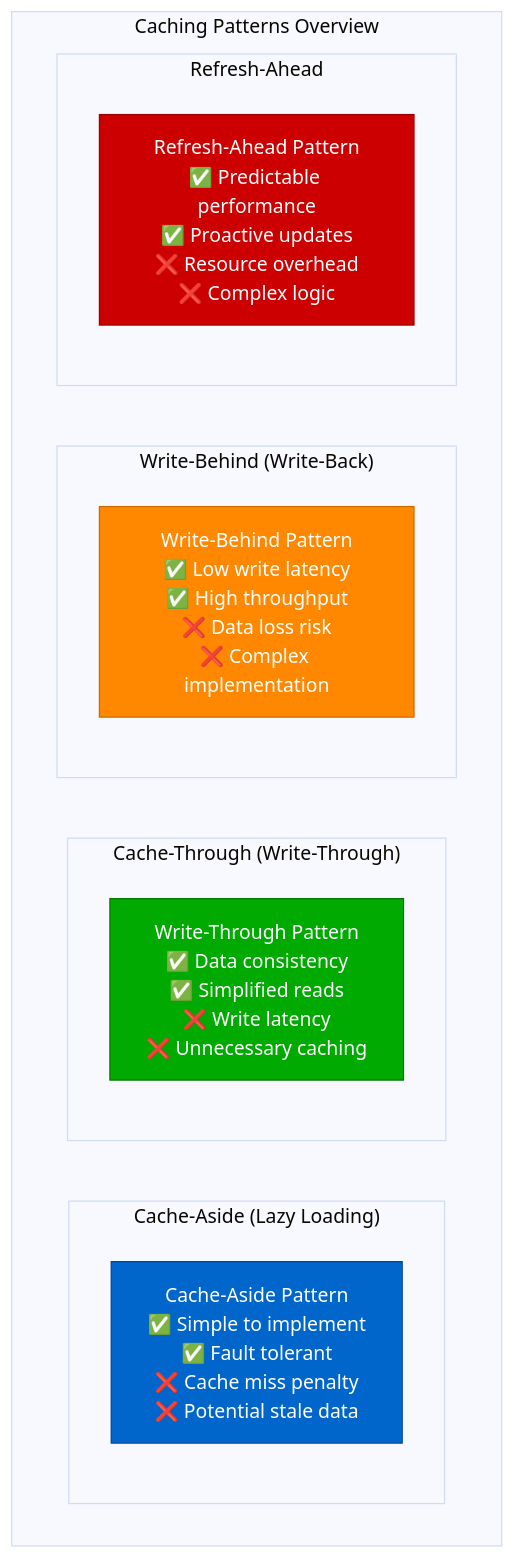
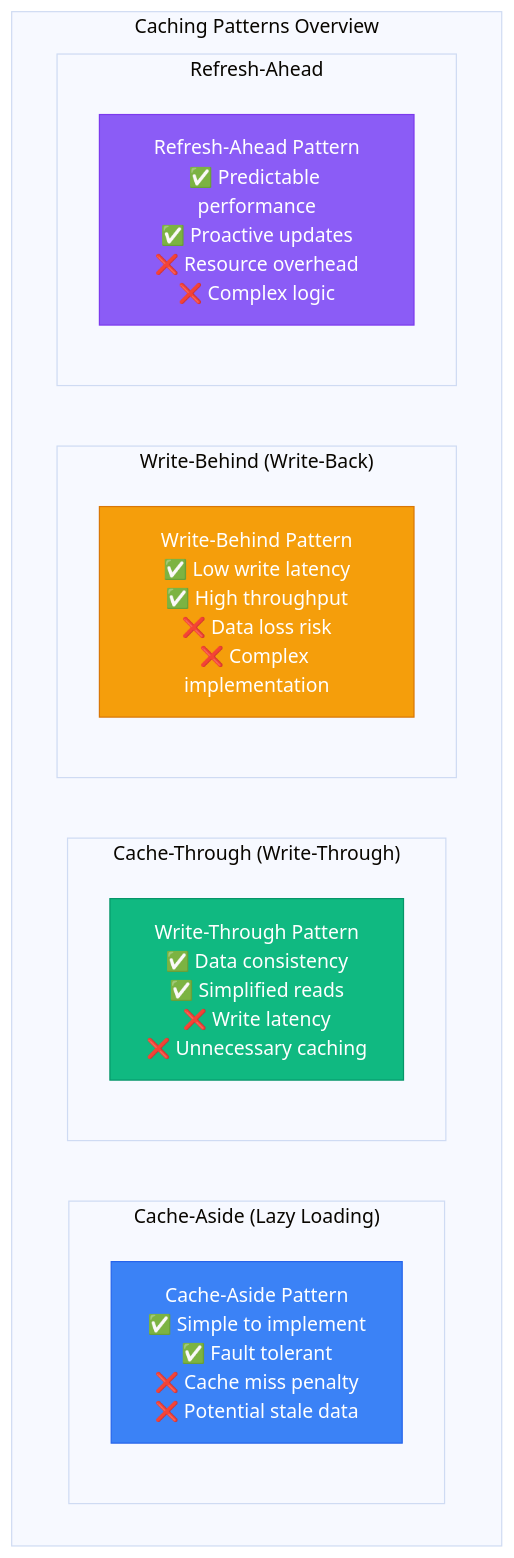
One commit to deepaucksharma/DS changed the first of 5 diagrams in site/docs/mechanisms/caching/caching-patterns.md. Above: the diagram before and after it, drawn with Mermaid (base theme). The commit also changed 303 other files, not shown here.

````diff
--- a/site/docs/mechanisms/caching/caching-patterns.md
+++ b/site/docs/mechanisms/caching/caching-patterns.md
@@ -9,31 +9,31 @@
 ```mermaid
 graph TB
     subgraph "Caching Patterns Overview"
         subgraph "Cache-Aside (Lazy Loading)"
             ASIDE[Cache-Aside Pattern<br/>✅ Simple to implement<br/>✅ Fault tolerant<br/>❌ Cache miss penalty<br/>❌ Potential stale data]
         end
 
         subgraph "Cache-Through (Write-Through)"
             THROUGH[Write-Through Pattern<br/>✅ Data consistency<br/>✅ Simplified reads<br/>❌ Write latency<br/>❌ Unnecessary caching]
         end
 
         subgraph "Write-Behind (Write-Back)"
             BEHIND[Write-Behind Pattern<br/>✅ Low write latency<br/>✅ High throughput<br/>❌ Data loss risk<br/>❌ Complex implementation]
         end
 
         subgraph "Refresh-Ahead"
             REFRESH[Refresh-Ahead Pattern<br/>✅ Predictable performance<br/>✅ Proactive updates<br/>❌ Resource overhead<br/>❌ Complex logic]
         end
     end
 
     %% Apply 4-plane colors
-    classDef edgeStyle fill:#0066CC,stroke:#004499,color:#fff
-    classDef serviceStyle fill:#00AA00,stroke:#007700,color:#fff
-    classDef stateStyle fill:#FF8800,stroke:#CC6600,color:#fff
-    classDef controlStyle fill:#CC0000,stroke:#990000,color:#fff
+    classDef edgeStyle fill:#3B82F6,stroke:#2563EB,color:#fff
+    classDef serviceStyle fill:#10B981,stroke:#059669,color:#fff
+    classDef stateStyle fill:#F59E0B,stroke:#D97706,color:#fff
+    classDef controlStyle fill:#8B5CF6,stroke:#7C3AED,color:#fff
 
     class ASIDE edgeStyle
     class THROUGH serviceStyle
     class BEHIND stateStyle
     class REFRESH controlStyle
 ```
````
